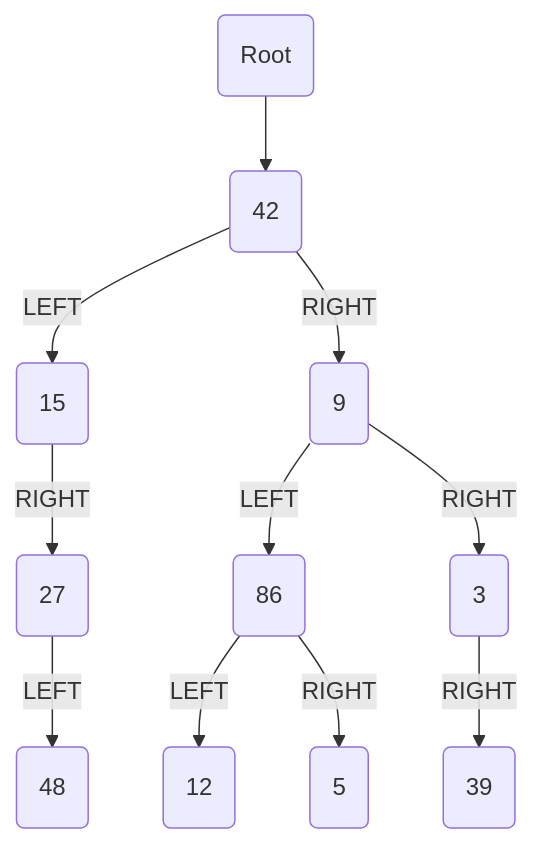
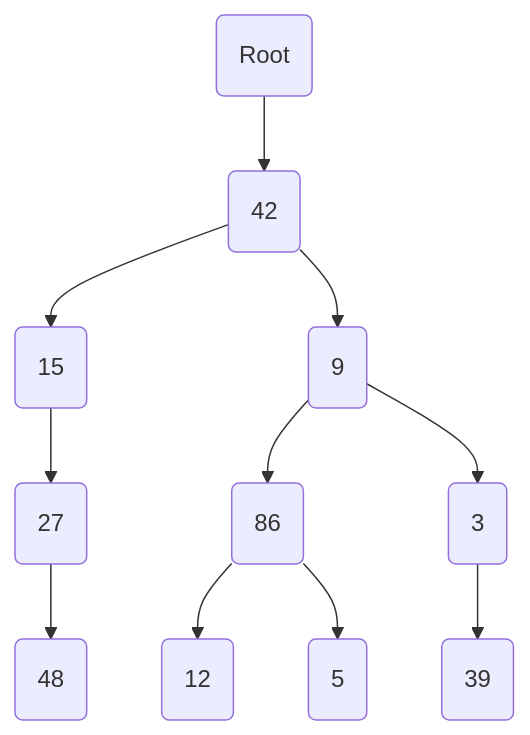
Before and after one commit to jayshozie/ceng301: the first of 4 diagrams in lecture-notes/w07.md, drawn with Mermaid. The commit also changed other lines of this file, not shown here.

````diff
--- a/lecture-notes/w07.md
+++ b/lecture-notes/w07.md
@@ -181,15 +181,16 @@
 ```mermaid
 graph TD
+
     A(Root) --> B(42)
-    B -->|LEFT| C(15)
-    B -->|RIGHT| D(9)
-    C -->|RIGHT| E(27)
-    E -->|LEFT| F(48)
+    B -->C(15)
+    B -->D(9)
+    C -->E(27)
+    E -->F(48)
 
-    D -->|LEFT| G(86)
-    D -->|RIGHT| H(3)
-    G -->|LEFT| I(12)
-    G -->|RIGHT| J(5)
+    D -->G(86)
+    D -->H(3)
+    G -->I(12)
+    G -->J(5)
 
-    H -->|RIGHT| K(39)
+    H -->K(39)
 ```
````
